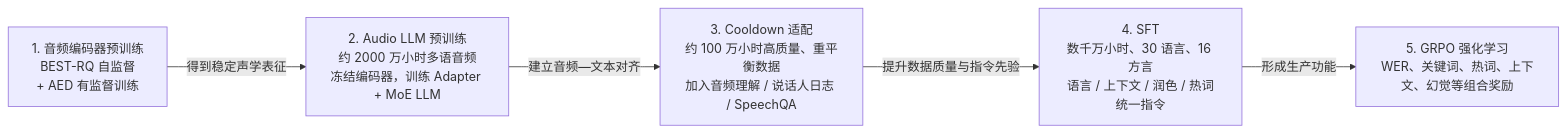
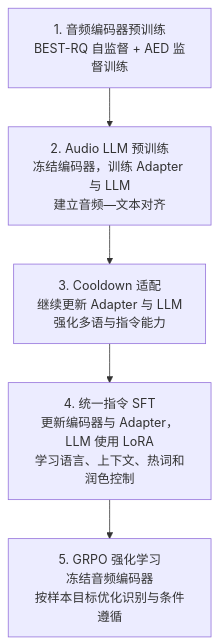
Before and after one commit to WZLHQ/Awesome-Reading-Notes: the third of 3 diagrams in speech_interaction/Qwen-Audio-3.0-ASR模型发展脉络.md, drawn with Mermaid. The commit also changed other lines of this file and 1 other file, not shown here.

````diff
--- a/speech_interaction/Qwen-Audio-3.0-ASR模型发展脉络.md
+++ b/speech_interaction/Qwen-Audio-3.0-ASR模型发展脉络.md
@@ -123,13 +100,9 @@
 ```mermaid
-flowchart LR
-    P1["1. 音频编码器预训练<br/>BEST-RQ 自监督<br/>+ AED 有监督训练"]
-    P2["2. Audio LLM 预训练<br/>约 2000 万小时多语音频<br/>冻结编码器，训练 Adapter + MoE LLM"]
-    P3["3. Cooldown 适配<br/>约 100 万小时高质量、重平衡数据<br/>加入音频理解 / 说话人日志 / SpeechQA"]
-    P4["4. SFT<br/>数千万小时、30 语言、16 方言<br/>语言 / 上下文 / 润色 / 热词统一指令"]
-    P5["5. GRPO 强化学习<br/>WER、关键词、热词、上下文、幻觉等组合奖励"]
-
-    P1 -->|"得到稳定声学表征"| P2
-    P2 -->|"建立音频—文本对齐"| P3
-    P3 -->|"提升数据质量与指令先验"| P4
-    P4 -->|"形成生产功能"| P5
+flowchart TB
+    P1["1. 音频编码器预训练<br/>BEST-RQ 自监督 + AED 监督训练"]
+    P2["2. Audio LLM 预训练<br/>冻结编码器，训练 Adapter 与 LLM<br/>建立音频—文本对齐"]
+    P3["3. Cooldown 适配<br/>继续更新 Adapter 与 LLM<br/>强化多语与指令能力"]
+    P4["4. 统一指令 SFT<br/>更新编码器与 Adapter，LLM 使用 LoRA<br/>学习语言、上下文、热词和润色控制"]
+    P5["5. GRPO 强化学习<br/>冻结音频编码器<br/>按样本目标优化识别与条件遵循"]
+    P1 --> P2 --> P3 --> P4 --> P5
 ```
````
